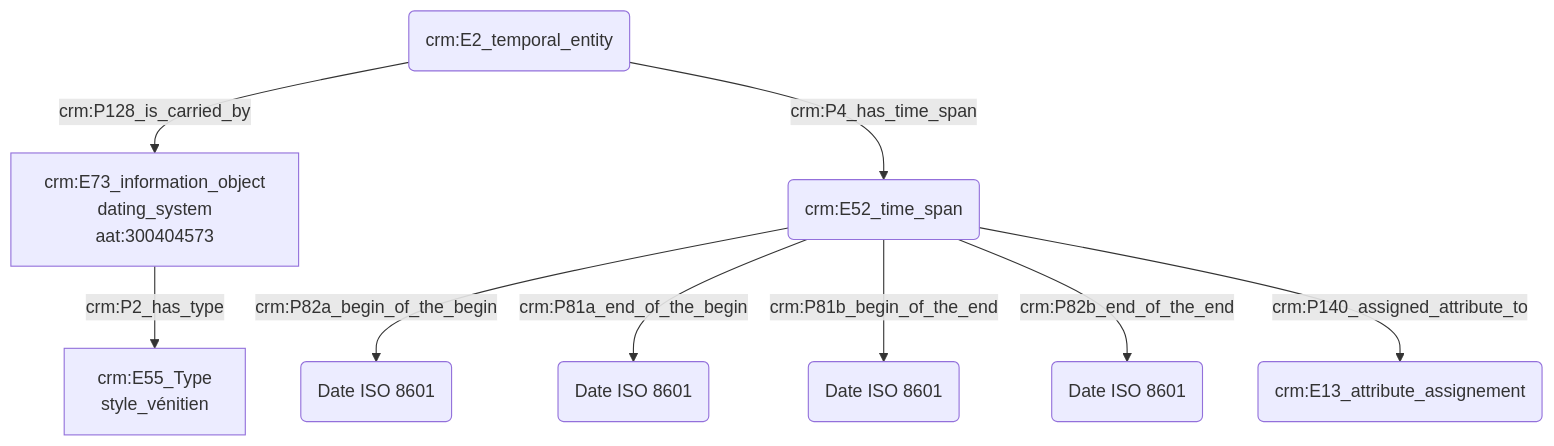
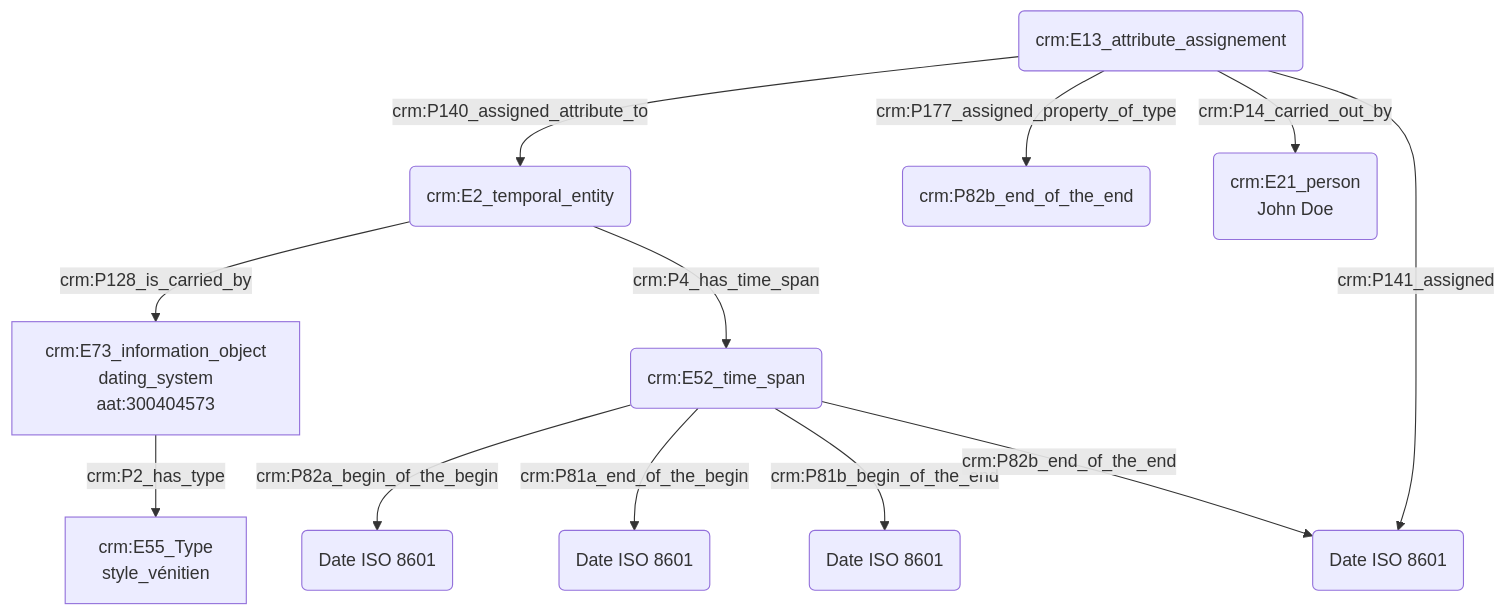
Before and after one commit to Amleth/consortium-musica2-gt2-ontologies: the diagram in modules/livrables/Dossier 2/Datation/expression d'une date initialement présentée dans un autre référentiel calendaire.md, drawn with Mermaid. The commit also changed other lines of this file, not shown here.

Commit message:
Update expression d'une date initialement présentée dans un autre référentiel calendaire.md

````diff
--- a/modules/livrables/Dossier 2/Datation/expression d'une date initialement présentée dans un autre référentiel calendaire.md
+++ b/modules/livrables/Dossier 2/Datation/expression d'une date initialement présentée dans un autre référentiel calendaire.md
@@ -17,12 +17,17 @@
 ```mermaid
 graph TD;
 
 A(crm:E2_temporal_entity) --> |crm:P128_is_carried_by| G[crm:E73_information_object<br>dating_system<br>aat:300404573]
 G[crm:E73_information_object<br>dating_system<br>aat:300404573] --> |crm:P2_has_type| H[crm:E55_Type<br>style_vénitien]
 A(crm:E2_temporal_entity) --> |crm:P4_has_time_span| B(crm:E52_time_span)
 B(crm:E52_time_span) --> |crm:P82a_begin_of_the_begin| C("Date ISO 8601")
 B(crm:E52_time_span) --> |crm:P81a_end_of_the_begin| D("Date ISO 8601")
 B(crm:E52_time_span) --> |crm:P81b_begin_of_the_end| E("Date ISO 8601")
 B(crm:E52_time_span) --> |crm:P82b_end_of_the_end| F("Date ISO 8601")
-B(crm:E52_time_span) --> |crm:P140_assigned_attribute_to| I(crm:E13_attribute_assignement)
+
+I(crm:E13_attribute_assignement) --> |crm:P140_assigned_attribute_to| A(crm:E2_temporal_entity)
+I(crm:E13_attribute_assignement) --> |crm:P141_assigned| F("Date ISO 8601")
+I(crm:E13_attribute_assignement) --> |crm:P177_assigned_property_of_type| K(crm:P82b_end_of_the_end)
+I(crm:E13_attribute_assignement) --> |crm:P14_carried_out_by| L(crm:E21_person<br>John Doe)
+
 ```
````
